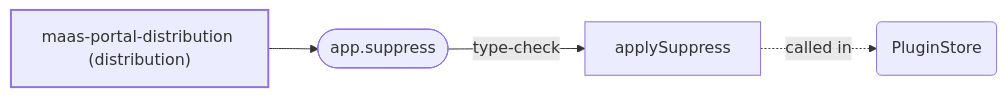
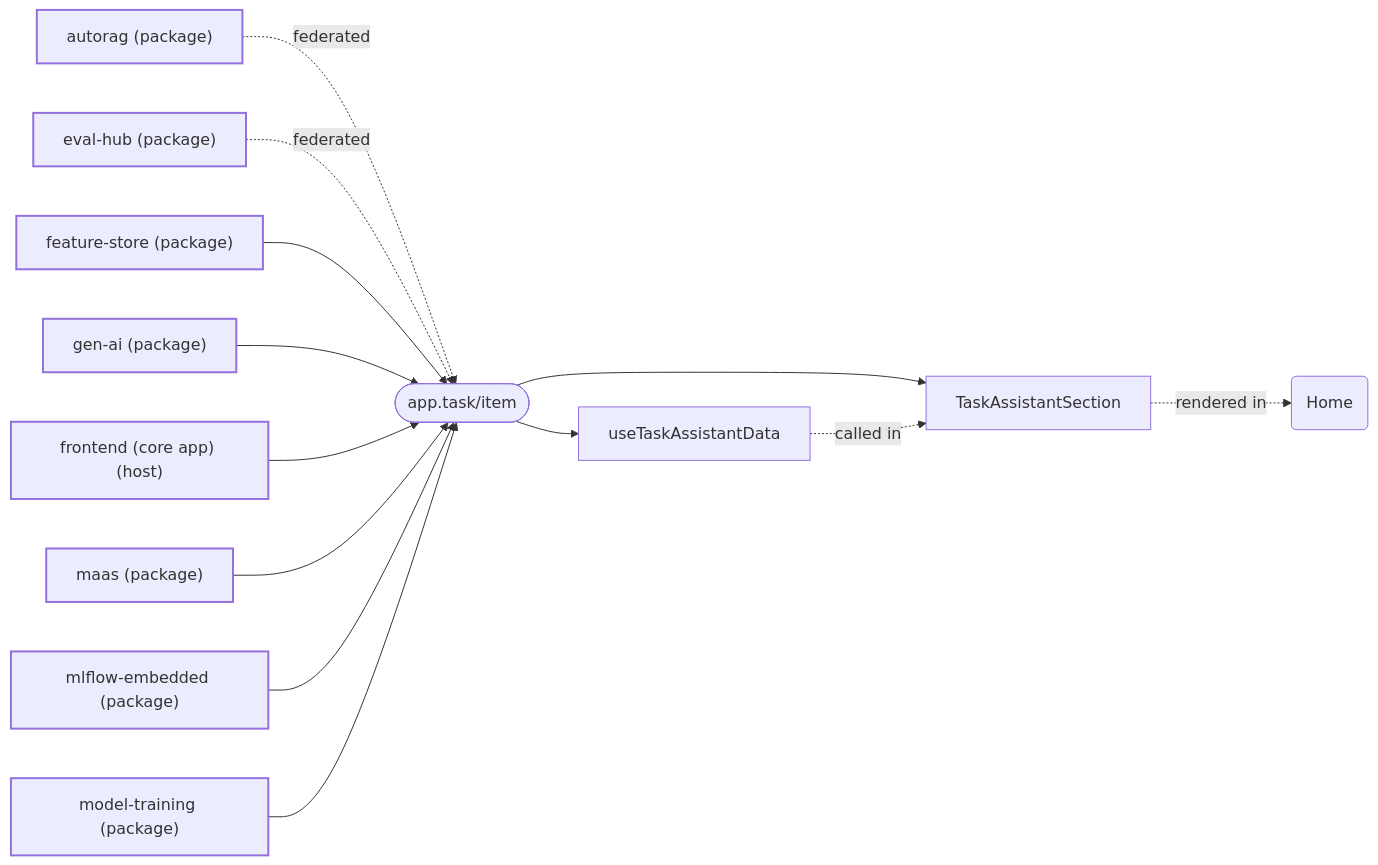
One commit to mturley/odh-dashboard changed diagram 13 of 16 in packages/plugin-core/docs/extensions.md. Above: the diagram before and after it, drawn with Mermaid. The commit also changed other lines of this file and 28 other files, not shown here.

First line of the commit message:
Temporary: Task 10b spot-check (ext-map-ref-impl generated pages)

````diff
--- a/packages/plugin-core/docs/extensions.md
+++ b/packages/plugin-core/docs/extensions.md
@@ -1103,12 +1306,29 @@
 ```mermaid
 flowchart LR
   classDef pkg stroke-width:2px
   classDef point stroke-width:1px
-  n_pkg__odh_dashboard_maas_portal_distribution_5c89ae["maas-portal-distribution (distribution)"]:::pkg
-  n_app_suppress_678209(["app.suppress"]):::point
-  n_pkg__odh_dashboard_maas_portal_distribution_5c89ae --> n_app_suppress_678209
-  n_symbol_packages_plugin_core_src_core_extensionResolution_ts_applySuppress_271dd2["applySuppress"]
-  n_app_suppress_678209 -- "type-check" --> n_symbol_packages_plugin_core_src_core_extensionResolution_ts_applySuppress_271dd2
-  n_symbol_packages_plugin_core_src_core_plugin_store_ts_PluginStore_d8bb79("PluginStore")
-  n_symbol_packages_plugin_core_src_core_extensionResolution_ts_applySuppress_271dd2 -. "called in" .-> n_symbol_packages_plugin_core_src_core_plugin_store_ts_PluginStore_d8bb79
+  n_pkg__odh_dashboard_autorag_fc0d99["autorag (package)"]:::pkg
+  n_pkg__odh_dashboard_eval_hub_277a4a["eval-hub (package)"]:::pkg
+  n_pkg__odh_dashboard_feature_store_007774["feature-store (package)"]:::pkg
+  n_pkg__odh_dashboard_gen_ai_f11571["gen-ai (package)"]:::pkg
+  n_pkg__odh_dashboard_internal_143c2f["frontend (core app) (host)"]:::pkg
+  n_pkg__odh_dashboard_maas_87d494["maas (package)"]:::pkg
+  n_pkg__odh_dashboard_mlflow_embedded_412d14["mlflow-embedded (package)"]:::pkg
+  n_pkg__odh_dashboard_model_training_ee058c["model-training (package)"]:::pkg
+  n_app_task_item_001b33(["app.task/item"]):::point
+  n_pkg__odh_dashboard_autorag_fc0d99 -. "federated" .-> n_app_task_item_001b33
+  n_pkg__odh_dashboard_eval_hub_277a4a -. "federated" .-> n_app_task_item_001b33
+  n_pkg__odh_dashboard_feature_store_007774 --> n_app_task_item_001b33
+  n_pkg__odh_dashboard_gen_ai_f11571 --> n_app_task_item_001b33
+  n_pkg__odh_dashboard_internal_143c2f --> n_app_task_item_001b33
+  n_pkg__odh_dashboard_maas_87d494 --> n_app_task_item_001b33
+  n_pkg__odh_dashboard_mlflow_embedded_412d14 --> n_app_task_item_001b33
+  n_pkg__odh_dashboard_model_training_ee058c --> n_app_task_item_001b33
+  n_symbol_frontend_src_pages_home_taskAssistant_TaskAssistantSection_tsx_TaskAssistantSection_3daee2["TaskAssistantSection"]
+  n_app_task_item_001b33 --> n_symbol_frontend_src_pages_home_taskAssistant_TaskAssistantSection_tsx_TaskAssistantSection_3daee2
+  n_symbol_frontend_src_pages_home_taskAssistant_useTaskAssistantData_ts_useTaskAssistantData_1144fc["useTaskAssistantData"]
+  n_app_task_item_001b33 --> n_symbol_frontend_src_pages_home_taskAssistant_useTaskAssistantData_ts_useTaskAssistantData_1144fc
+  n_symbol_frontend_src_pages_home_Home_tsx_Home_0f157c("Home")
+  n_symbol_frontend_src_pages_home_taskAssistant_TaskAssistantSection_tsx_TaskAssistantSection_3daee2 -. "rendered in" .-> n_symbol_frontend_src_pages_home_Home_tsx_Home_0f157c
+  n_symbol_frontend_src_pages_home_taskAssistant_useTaskAssistantData_ts_useTaskAssistantData_1144fc -. "called in" .-> n_symbol_frontend_src_pages_home_taskAssistant_TaskAssistantSection_tsx_TaskAssistantSection_3daee2
 ```
````
